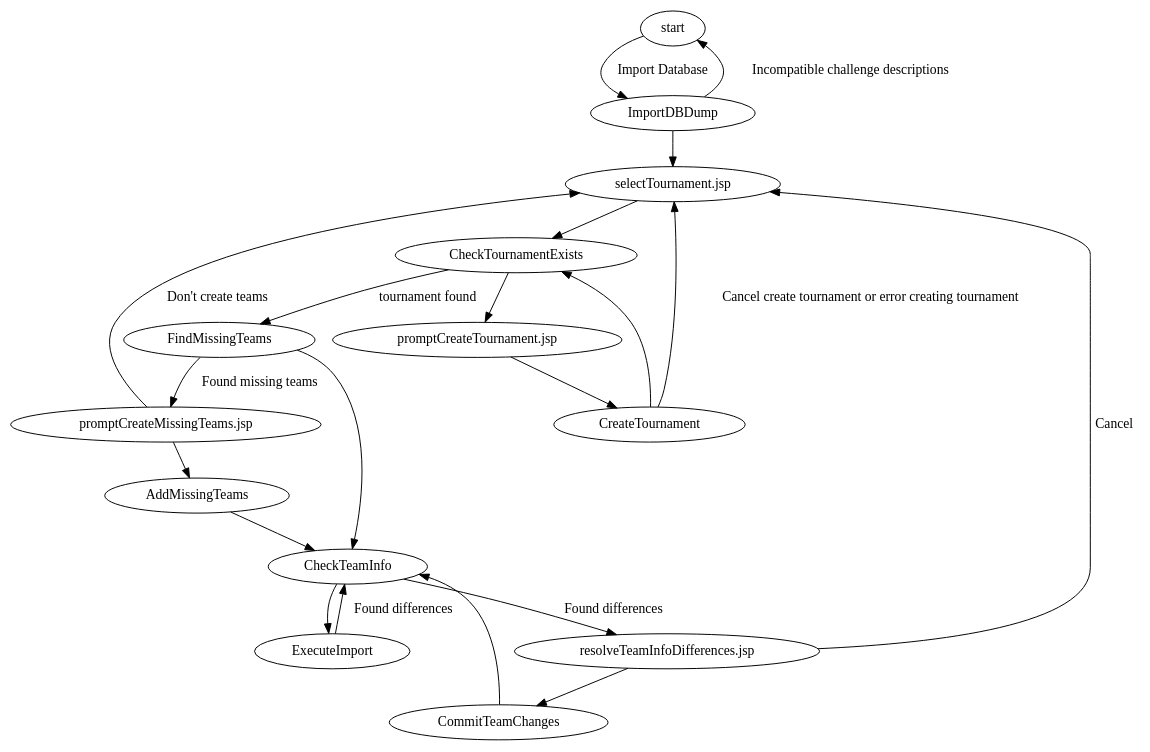
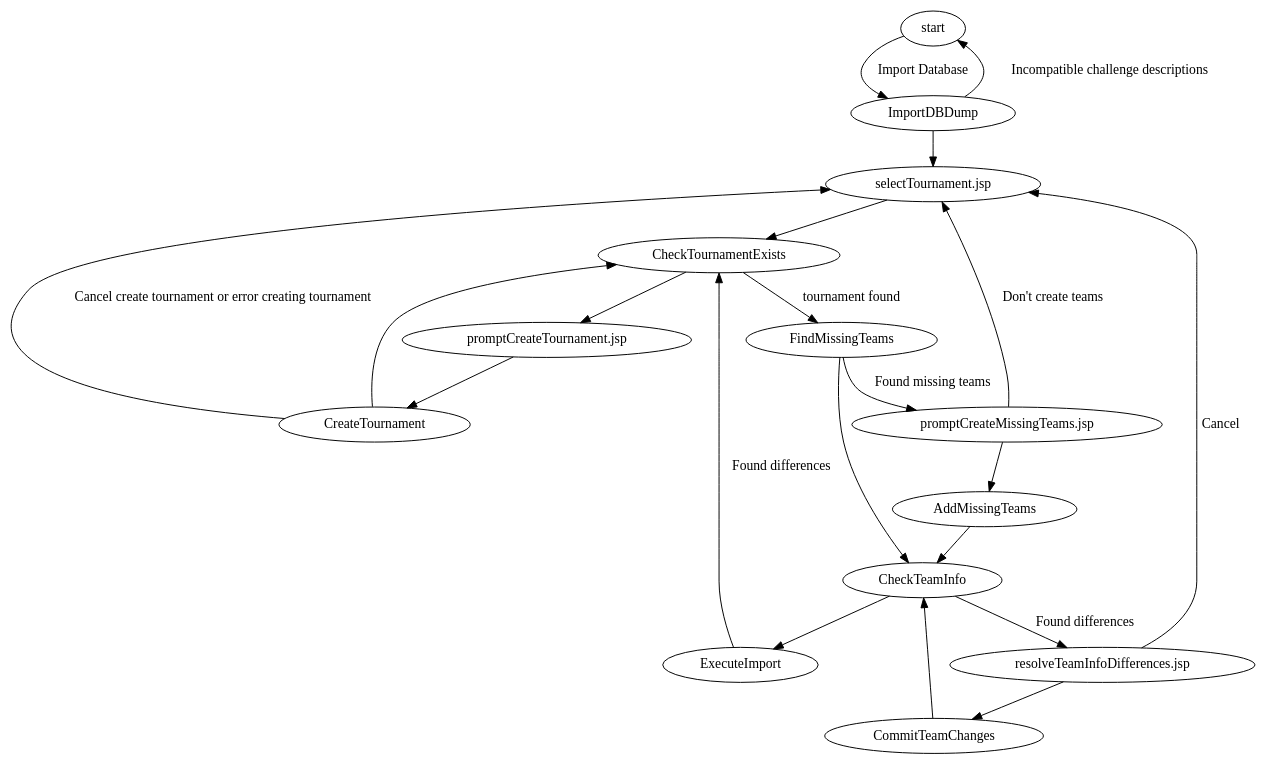
One commit to jpschewe/fll-sw changed the diagram in src/main/documentation/workflows/import_database.dot. Above: the diagram before and after it, drawn with Graphviz. The commit also changed 1 other file, not shown here.

Commit message:
Have ExecuteImport go back farther in the chain
If there are differences found, it could be all the way back to a
missing tournament.

```diff
--- a/src/main/documentation/workflows/import_database.dot
+++ b/src/main/documentation/workflows/import_database.dot
@@ -1,43 +1,43 @@
 digraph import_database {
 
 "start" -> ImportDBDump [label="Import Database"];
 
 ImportDBDump -> "selectTournament.jsp";
 
 ImportDBDump -> "start" [label="Incompatible challenge descriptions"]
 
 "selectTournament.jsp" -> CheckTournamentExists;
 
 CheckTournamentExists -> "promptCreateTournament.jsp";
 
 CheckTournamentExists -> FindMissingTeams [label="tournament found"];
 
 "promptCreateTournament.jsp" -> CreateTournament;
 
 CreateTournament -> "selectTournament.jsp" [label="Cancel create tournament or error creating tournament"];
 
 CreateTournament -> CheckTournamentExists;
 
 FindMissingTeams -> CheckTeamInfo;
 
 FindMissingTeams -> "promptCreateMissingTeams.jsp" [label="Found missing teams"];
 
 "promptCreateMissingTeams.jsp" -> AddMissingTeams;
 
 "promptCreateMissingTeams.jsp" -> "selectTournament.jsp" [label="Don't create teams"];
 
 AddMissingTeams -> CheckTeamInfo;
 
 CheckTeamInfo -> ExecuteImport;
 
 CheckTeamInfo -> "resolveTeamInfoDifferences.jsp" [label="Found differences"];
 
 "resolveTeamInfoDifferences.jsp" -> CommitTeamChanges;
 
 "resolveTeamInfoDifferences.jsp" -> "selectTournament.jsp" [label="Cancel"];
 
 CommitTeamChanges -> CheckTeamInfo;
 
-ExecuteImport -> CheckTeamInfo [label="Found differences"];
+ExecuteImport -> CheckTournamentExists [label="Found differences"];
 
 }
```
